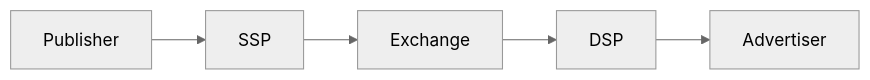
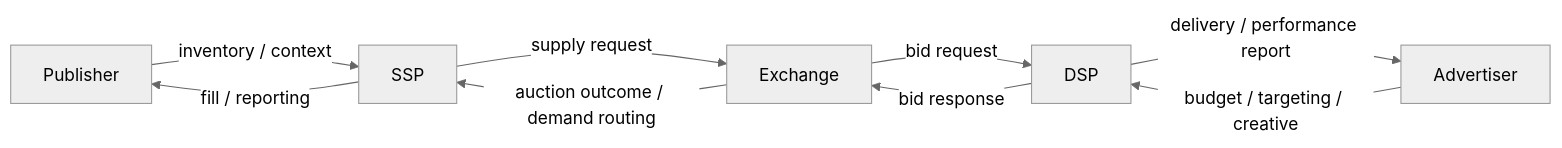
One commit to zenit9hub/ad-platform-handbook changed the diagram in docs/en/fundamentals/roles.md. Above: the diagram before and after it, drawn with Mermaid (neutral theme). The commit also changed other lines of this file and 1 other file, not shown here.

Commit message:
sync: update handbook docs from private source

````diff
--- a/docs/en/fundamentals/roles.md
+++ b/docs/en/fundamentals/roles.md
@@ -21,7 +21,11 @@
 ```mermaid
 flowchart LR
-    A["Publisher"] --> B["SSP"]
-    B --> C["Exchange"]
-    C --> D["DSP"]
-    D --> E["Advertiser"]
+    A["Publisher"] -->|"inventory / context"| B["SSP"]
+    B -->|"fill / reporting"| A
+    B -->|"supply request"| C["Exchange"]
+    C -->|"auction outcome / demand routing"| B
+    C -->|"bid request"| D["DSP"]
+    D -->|"bid response"| C
+    E["Advertiser"] -->|"budget / targeting / creative"| D
+    D -->|"delivery / performance report"| E
 ```
````
